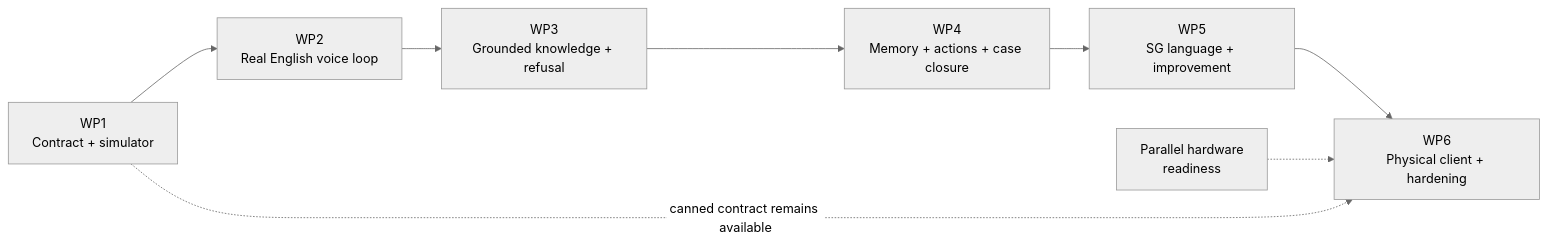
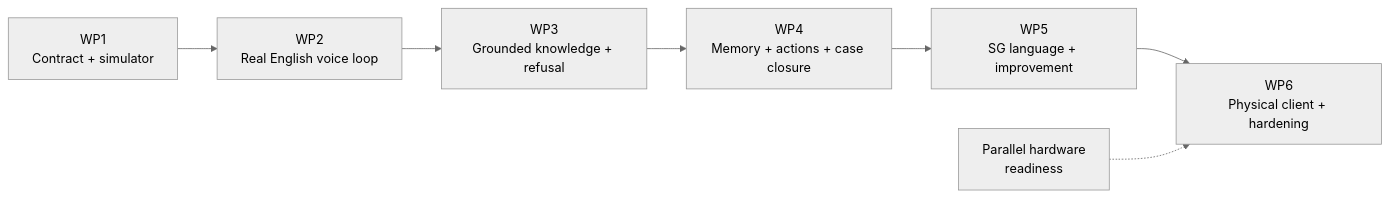
Before and after one commit to Lookieman/kaki-talkie: the first of 2 diagrams in docs/04-prototype/execution-plan.md, drawn with Mermaid (neutral theme). The commit also changed other lines of this file and 6 other files, not shown here.

````diff
--- a/docs/04-prototype/execution-plan.md
+++ b/docs/04-prototype/execution-plan.md
@@ -23,10 +21,9 @@
 ```mermaid
 flowchart LR
     WP1["WP1<br>Contract + simulator"] --> WP2["WP2<br>Real English voice loop"]
     WP2 --> WP3["WP3<br>Grounded knowledge + refusal"]
     WP3 --> WP4["WP4<br>Memory + actions + case closure"]
     WP4 --> WP5["WP5<br>SG language + improvement"]
     WP5 --> WP6["WP6<br>Physical client + hardening"]
     HWR["Parallel hardware<br>readiness"] -.-> WP6
-    WP1 -. "canned contract remains available" .-> WP6
 ```
````
